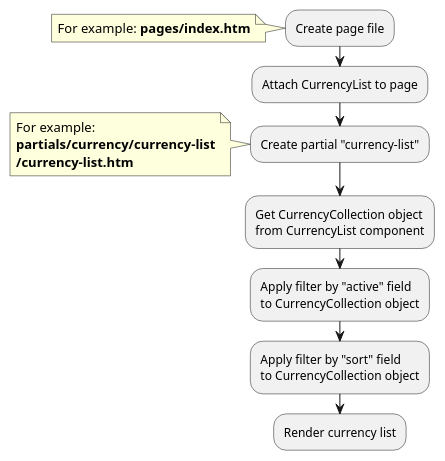
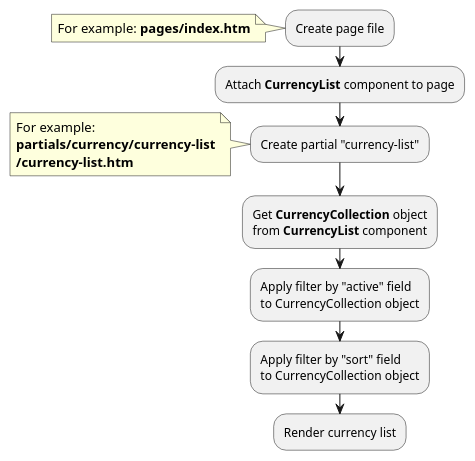
Before and after one commit to oc-shopaholic/oc-shopaholic-docs: the diagram in modules/currency/examples.md, drawn with PlantUML. The commit also changed 13 other files, not shown here.

````diff
--- a/modules/currency/examples.md
+++ b/modules/currency/examples.md
@@ -19,22 +19,22 @@
 ```plantuml
 @startuml
 :Create page file;
 note left
     For example: **pages/index.htm**
 end note
-:Attach CurrencyList to page;
+:Attach **CurrencyList** component to page;
 :Create partial "currency-list";
 note left
     For example:
     **partials/currency/currency-list**
     **/currency-list.htm**
 end note
-:Get CurrencyCollection object
-from CurrencyList component;
+:Get **CurrencyCollection** object
+from **CurrencyList** component;
 :Apply filter by "active" field
 to CurrencyCollection object;
 :Apply filter by "sort" field
 to CurrencyCollection object;
 :Render currency list;
 @enduml
 ```
````
